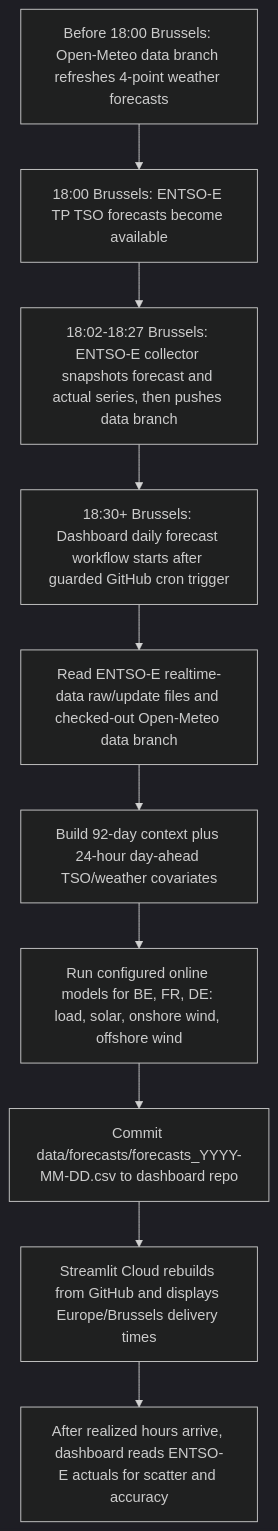
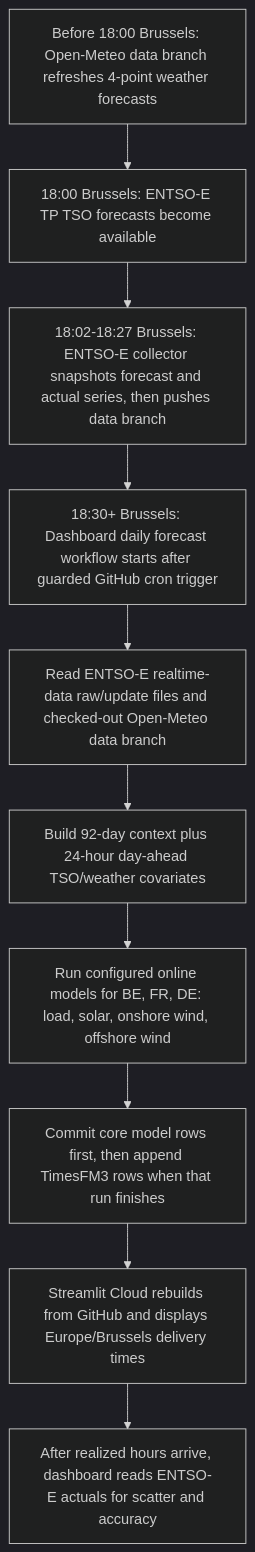
Before and after one commit to XiaoyuJIN97/tp-plus-plus-real-time-forecasting-dashboard: the diagram in README.md, drawn with Mermaid (dark theme). The commit also changed other lines of this file and 8 other files, not shown here.

Commit message:
Add TimesFM3 online forecast model

````diff
--- a/README.md
+++ b/README.md
@@ -101,12 +104,12 @@
 ```mermaid
 flowchart TD
   A["Before 18:00 Brussels: Open-Meteo data branch refreshes 4-point weather forecasts"] --> B["18:00 Brussels: ENTSO-E TP TSO forecasts become available"]
   B --> C["18:02-18:27 Brussels: ENTSO-E collector snapshots forecast and actual series, then pushes data branch"]
   C --> D["18:30+ Brussels: Dashboard daily forecast workflow starts after guarded GitHub cron trigger"]
   D --> E["Read ENTSO-E realtime-data raw/update files and checked-out Open-Meteo data branch"]
   E --> G["Build 92-day context plus 24-hour day-ahead TSO/weather covariates"]
   G --> H["Run configured online models for BE, FR, DE: load, solar, onshore wind, offshore wind"]
-  H --> I["Commit data/forecasts/forecasts_YYYY-MM-DD.csv to dashboard repo"]
+  H --> I["Commit core model rows first, then append TimesFM3 rows when that run finishes"]
   I --> J["Streamlit Cloud rebuilds from GitHub and displays Europe/Brussels delivery times"]
   J --> K["After realized hours arrive, dashboard reads ENTSO-E actuals for scatter and accuracy"]
 ```
````
